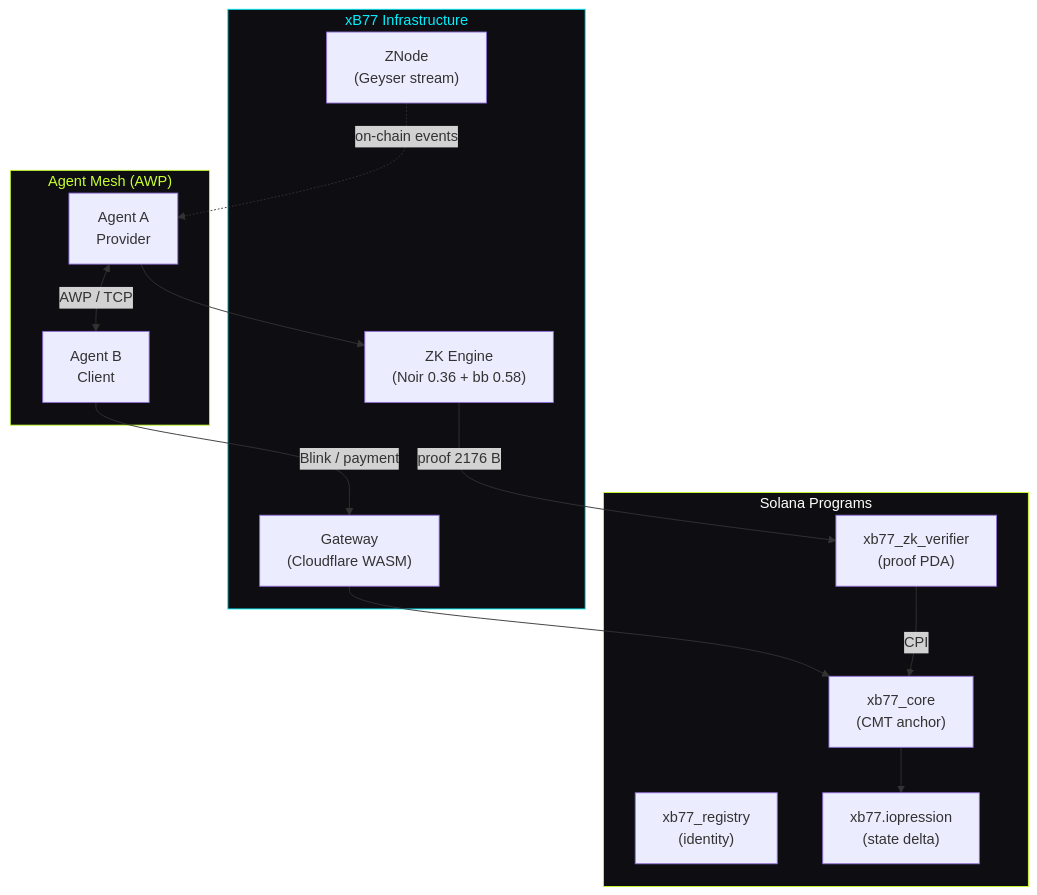
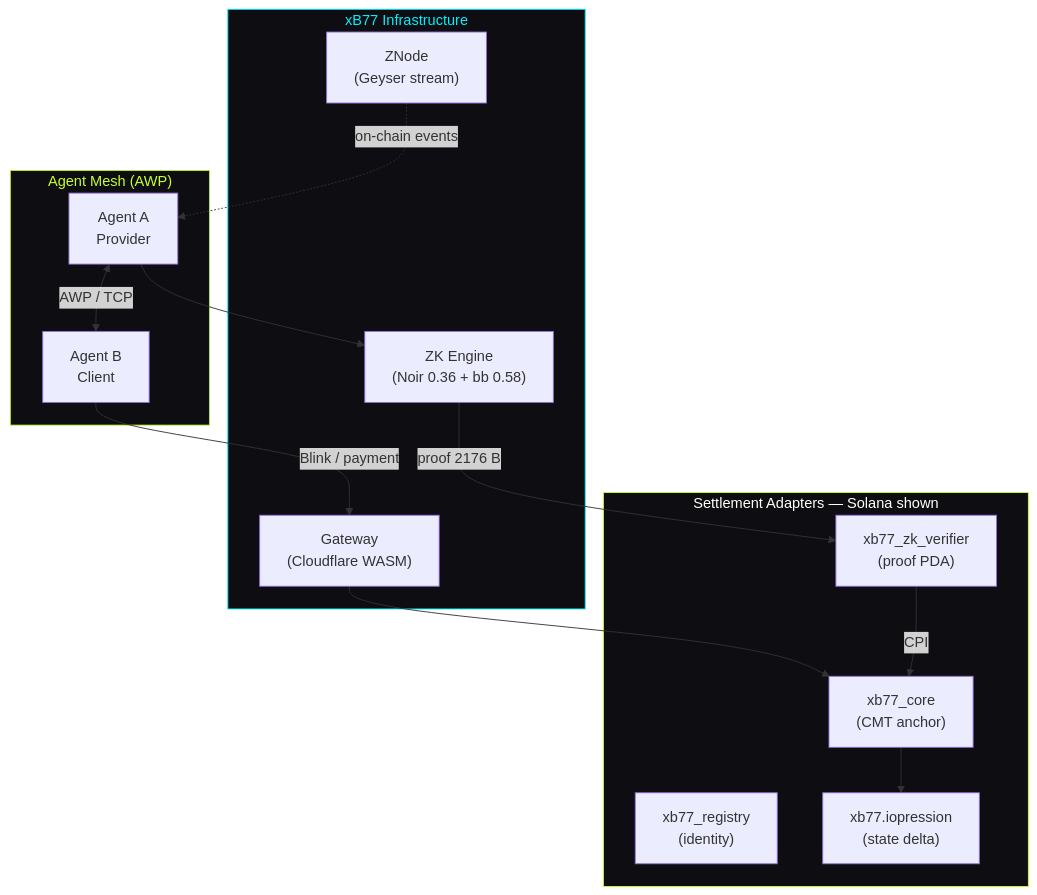
The first of 2 diagrams in docs/whitepaper.md (8ctag0n/xB77), drawn with Mermaid before and after one commit. The commit also changed other lines of this file and 5 other files, not shown here.

First line of the commit message:
feat(docs): reframe multichain núcleo-agnóstico + página de roadmap

````diff
--- a/docs/whitepaper.md
+++ b/docs/whitepaper.md
@@ -25,33 +25,33 @@
 ```mermaid
 graph TB
     subgraph agents["Agent Mesh (AWP)"]
         A["Agent A\nProvider"]
         B["Agent B\nClient"]
         A <-->|"AWP / TCP"| B
     end
 
     subgraph infra["xB77 Infrastructure"]
         GW["Gateway\n(Cloudflare WASM)"]
         ZE["ZK Engine\n(Noir 0.36 + bb 0.58)"]
         ZN["ZNode\n(Geyser stream)"]
     end
 
-    subgraph solana["Solana Programs"]
+    subgraph solana["Settlement Adapters — Solana shown"]
         CORE["xb77_core\n(CMT anchor)"]
         VF["xb77_zk_verifier\n(proof PDA)"]
         REG["xb77_registry\n(identity)"]
         COMP["xb77.iopression\n(state delta)"]
     end
 
     B -->|"Blink / payment"| GW
     GW --> CORE
     A --> ZE
     ZE -->|"proof 2176 B"| VF
     VF -->|"CPI"| CORE
     ZN -.->|"on-chain events"| A
     CORE --> COMP
 
     style agents fill:#0e0e12,stroke:#c8ff2e,color:#c8ff2e
     style infra fill:#0e0e12,stroke:#00f0ff,color:#00f0ff
     style solana fill:#0e0e12,stroke:#c8ff2e,color:#fffffa
 ```
````
